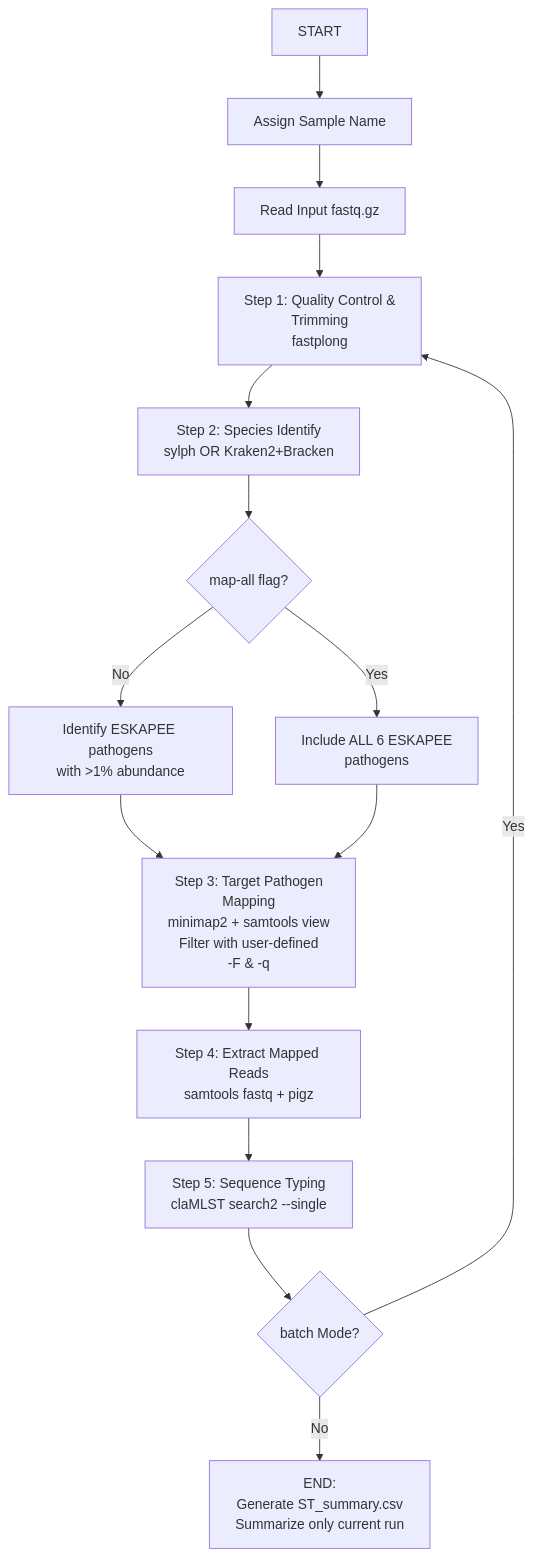
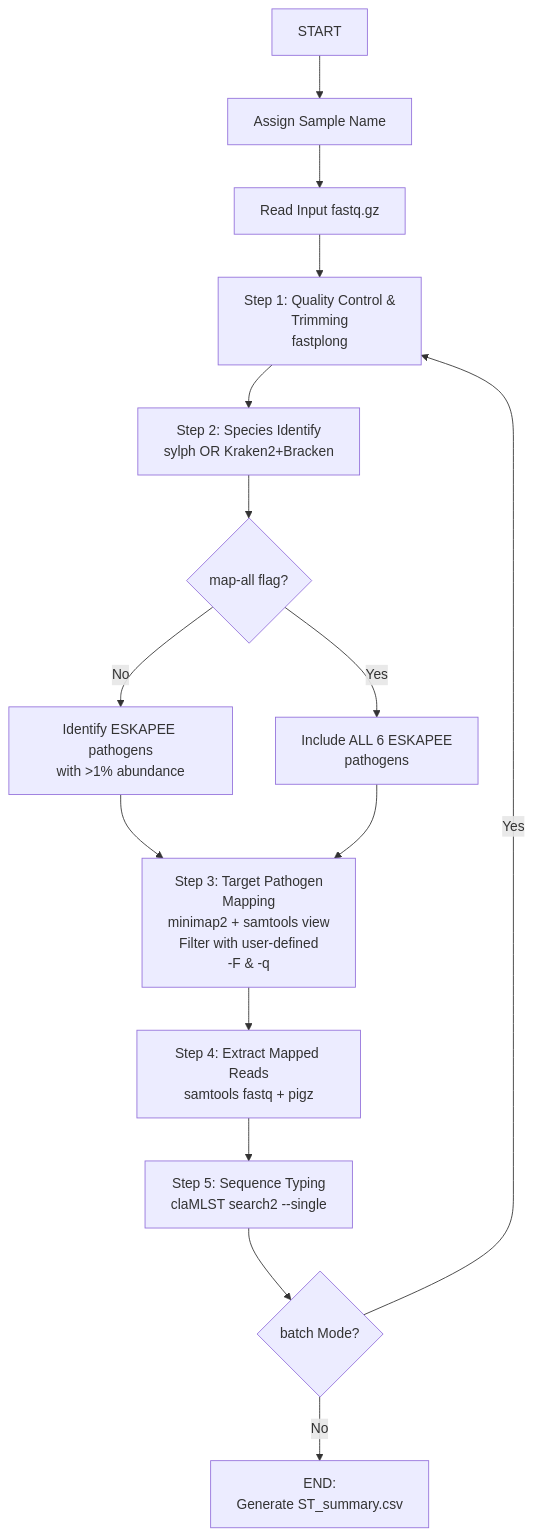
The diagram in README.md (nacin0910/nanoesst), drawn with Mermaid before and after one commit.

Commit message:
Update README to simplify END step description

````diff
--- a/README.md
+++ b/README.md
@@ -68,17 +68,17 @@
 ```mermaid
 graph TD
     A[START] --> B[Assign Sample Name]
     B --> D[Read Input fastq.gz]
     D --> H[Step 1: Quality Control & <br/>Trimming<br/>fastplong]
     H --> I[Step 2: Species Identify<br/>sylph OR Kraken2+Bracken]
     I --> J{map-all flag?}
     J -->|No| K[Identify ESKAPEE pathogens<br/>with &gt;1% abundance]
     J -->|Yes| L[Include ALL 6 ESKAPEE <br>pathogens]
     K --> M[Step 3: Target Pathogen <br>Mapping<br/>minimap2 + samtools view<br/>Filter with user-defined <br>-F & -q]
     L --> M
     M --> N[Step 4: Extract Mapped Reads<br/>samtools fastq + pigz]
     N --> O[Step 5: Sequence Typing<br/>claMLST search2 --single]
     O --> P{batch Mode?}
     P -->|Yes| H
-    P -->|No| Q[END: <br>Generate ST_summary.csv<br/>Summarize only current run]
+    P -->|No| Q[END: <br>Generate ST_summary.csv]
 ```
````
